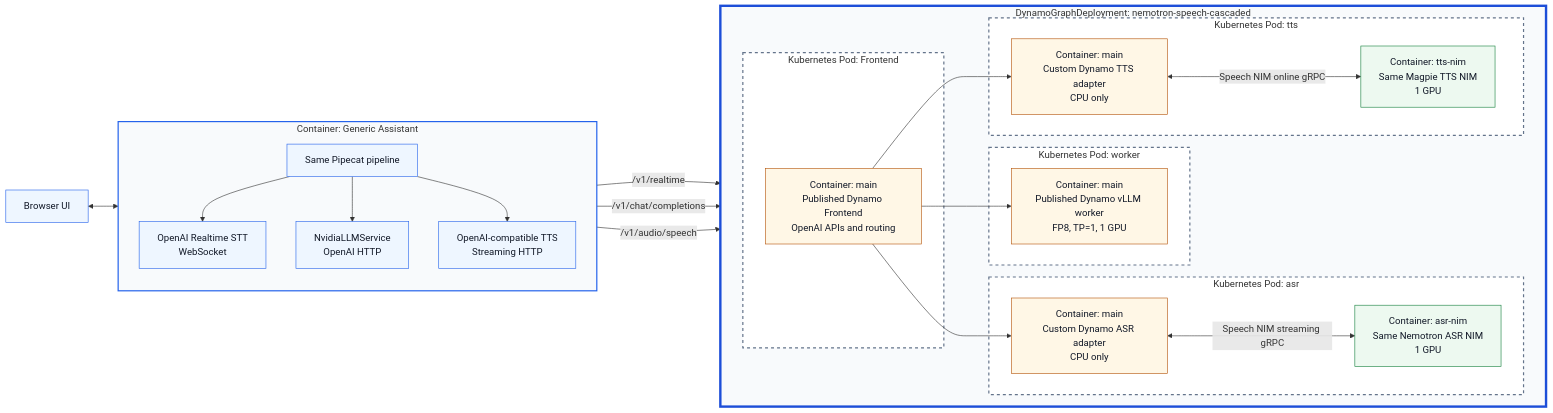
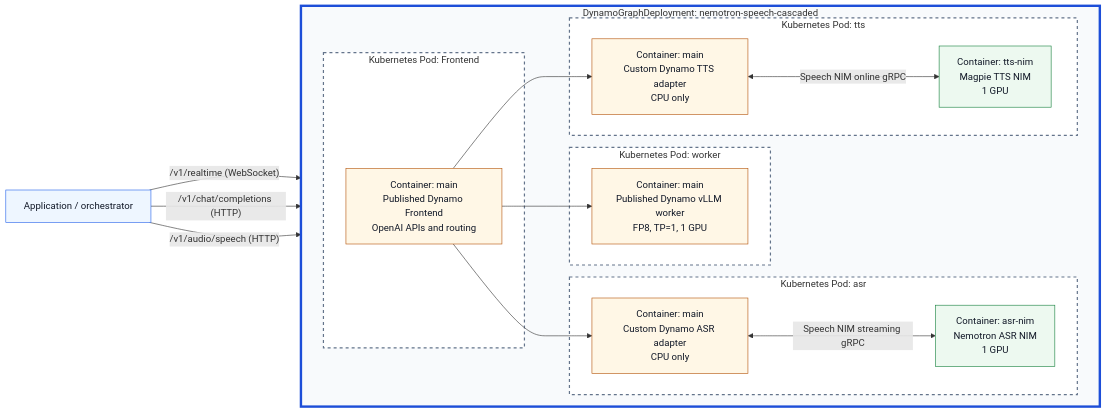
Before and after one commit to ai-dynamo/dynamo: the diagram in examples/nemotron_speech_cascaded_pipeline/README.md, drawn with Mermaid. The commit also changed other lines of this file and 11 other files, not shown here.

First line of the commit message:
refactor(examples): organize Nemotron speech adapters

````diff
--- a/examples/nemotron_speech_cascaded_pipeline/README.md
+++ b/examples/nemotron_speech_cascaded_pipeline/README.md
@@ -30,64 +31,50 @@
 ```mermaid
 flowchart LR
-    Browser["Browser UI"]
-
-    subgraph PipecatContainer["Container: Generic Assistant"]
-        direction TB
-        Pipecat["Same Pipecat pipeline"]
-        STTClient["OpenAI Realtime STT<br/>WebSocket"]
-        LLMClient["NvidiaLLMService<br/>OpenAI HTTP"]
-        TTSClient["OpenAI-compatible TTS<br/>Streaming HTTP"]
-    end
+    Client["Application / orchestrator"]
 
     subgraph DGD["DynamoGraphDeployment: nemotron-speech-cascaded"]
         direction LR
 
         subgraph FrontendPod["Kubernetes Pod: Frontend"]
             Frontend["Container: main<br/>Published Dynamo Frontend<br/>OpenAI APIs and routing"]
         end
 
         subgraph ASRPod["Kubernetes Pod: asr"]
             ASRWorker["Container: main<br/>Custom Dynamo ASR adapter<br/>CPU only"]
-            ASR["Container: asr-nim<br/>Same Nemotron ASR NIM<br/>1 GPU"]
+            ASR["Container: asr-nim<br/>Nemotron ASR NIM<br/>1 GPU"]
         end
 
         subgraph LLMPod["Kubernetes Pod: worker"]
             LLMWorker["Container: main<br/>Published Dynamo vLLM worker<br/>FP8, TP=1, 1 GPU"]
         end
 
         subgraph TTSPod["Kubernetes Pod: tts"]
             TTSWorker["Container: main<br/>Custom Dynamo TTS adapter<br/>CPU only"]
-            TTS["Container: tts-nim<br/>Same Magpie TTS NIM<br/>1 GPU"]
+            TTS["Container: tts-nim<br/>Magpie TTS NIM<br/>1 GPU"]
         end
     end
 
-    Browser <--> Pipecat
-
-    Pipecat --> STTClient
-    STTClient -->|"/v1/realtime"| Frontend
+    Client -->|"/v1/realtime (WebSocket)"| Frontend
     Frontend --> ASRWorker
     ASRWorker <-->|"Speech NIM streaming gRPC"| ASR
 
-    Pipecat --> LLMClient
-    LLMClient -->|"/v1/chat/completions"| Frontend
+    Client -->|"/v1/chat/completions (HTTP)"| Frontend
     Frontend --> LLMWorker
 
-    Pipecat --> TTSClient
-    TTSClient -->|"/v1/audio/speech"| Frontend
+    Client -->|"/v1/audio/speech (HTTP)"| Frontend
     Frontend --> TTSWorker
     TTSWorker <-->|"Speech NIM online gRPC"| TTS
 
     classDef client fill:#eef6ff,stroke:#2563eb,color:#111827
     classDef dynamo fill:#fff7e6,stroke:#b45309,color:#111827
     classDef nim fill:#edf9f0,stroke:#15803d,color:#111827
-    class Browser,Pipecat,STTClient,LLMClient,TTSClient client
+    class Client client
     class Frontend,ASRWorker,LLMWorker,TTSWorker dynamo
     class ASR,TTS nim
 
-    style PipecatContainer fill:#f8fafc,stroke:#2563eb,stroke-width:2px
     style DGD fill:#f8fafc,stroke:#1d4ed8,stroke-width:4px
     style FrontendPod fill:#ffffff,stroke:#64748b,stroke-width:2px,stroke-dasharray:5 5
     style ASRPod fill:#ffffff,stroke:#64748b,stroke-width:2px,stroke-dasharray:5 5
     style LLMPod fill:#ffffff,stroke:#64748b,stroke-width:2px,stroke-dasharray:5 5
     style TTSPod fill:#ffffff,stroke:#64748b,stroke-width:2px,stroke-dasharray:5 5
 ```
````
